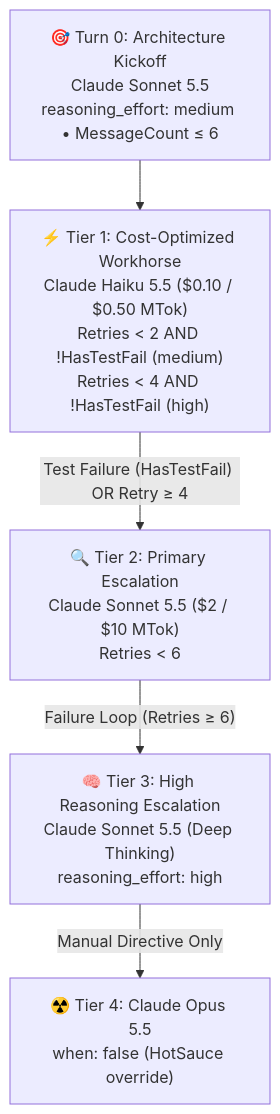
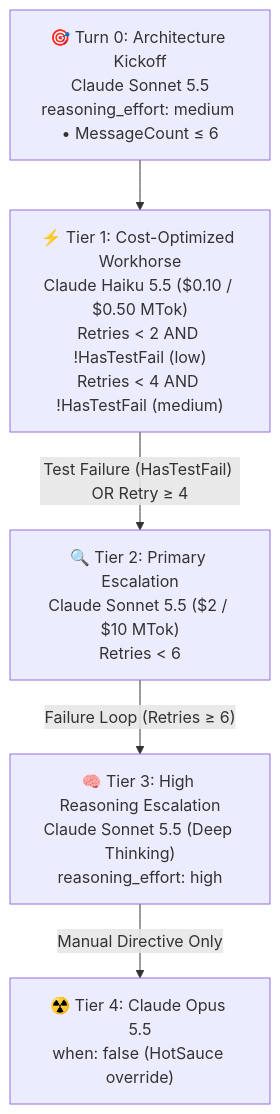
The second of 3 diagrams in docs/EXTENSION_USER_GUIDE.md (dixieflatline76/nacho-flow), drawn with Mermaid before and after one commit. The commit also changed other lines of this file and 114 other files, not shown here.

````diff
--- a/docs/EXTENSION_USER_GUIDE.md
+++ b/docs/EXTENSION_USER_GUIDE.md
@@ -283,7 +283,7 @@
 ```mermaid
 flowchart TD
-    A0["🎯 Turn 0: Architecture Kickoff<br/>Claude Sonnet 5.5<br/>reasoning_effort: medium • MessageCount &le; 6"] --> A1["⚡ Tier 1: Cost-Optimized Workhorse<br/>Claude Haiku 5.5 ($0.10 / $0.50 MTok)<br/>Retries &lt; 2 AND !HasTestFail (medium)<br/>Retries &lt; 4 AND !HasTestFail (high)"]
+    A0["🎯 Turn 0: Architecture Kickoff<br/>Claude Sonnet 5.5<br/>reasoning_effort: medium • MessageCount &le; 6"] --> A1["⚡ Tier 1: Cost-Optimized Workhorse<br/>Claude Haiku 5.5 ($0.10 / $0.50 MTok)<br/>Retries &lt; 2 AND !HasTestFail (low)<br/>Retries &lt; 4 AND !HasTestFail (medium)"]
     A1 -->|"Test Failure (HasTestFail) OR Retry &ge; 4"| A2["🔍 Tier 2: Primary Escalation<br/>Claude Sonnet 5.5 ($2 / $10 MTok)<br/>Retries &lt; 6"]
     A2 -->|"Failure Loop (Retries &ge; 6)"| A3["🧠 Tier 3: High Reasoning Escalation<br/>Claude Sonnet 5.5 (Deep Thinking)<br/>reasoning_effort: high"]
     A3 -->|"Manual Directive Only"| A4["☢️ Tier 4: Claude Opus 5.5<br/>when: false (HotSauce override)"]
 ```
````
